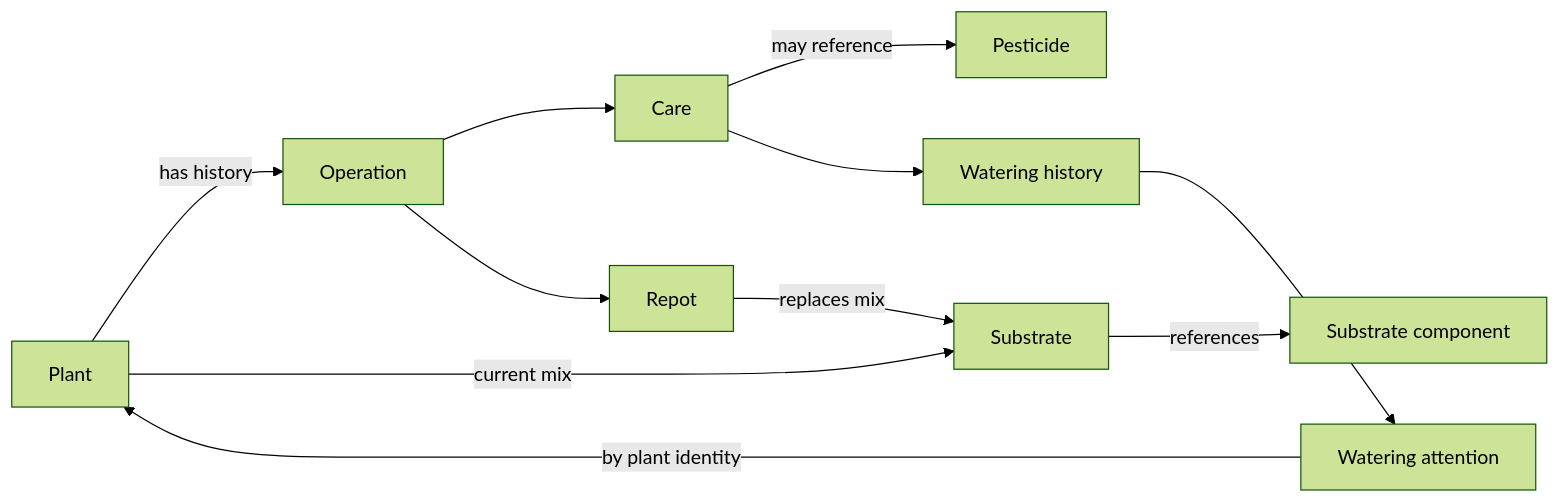
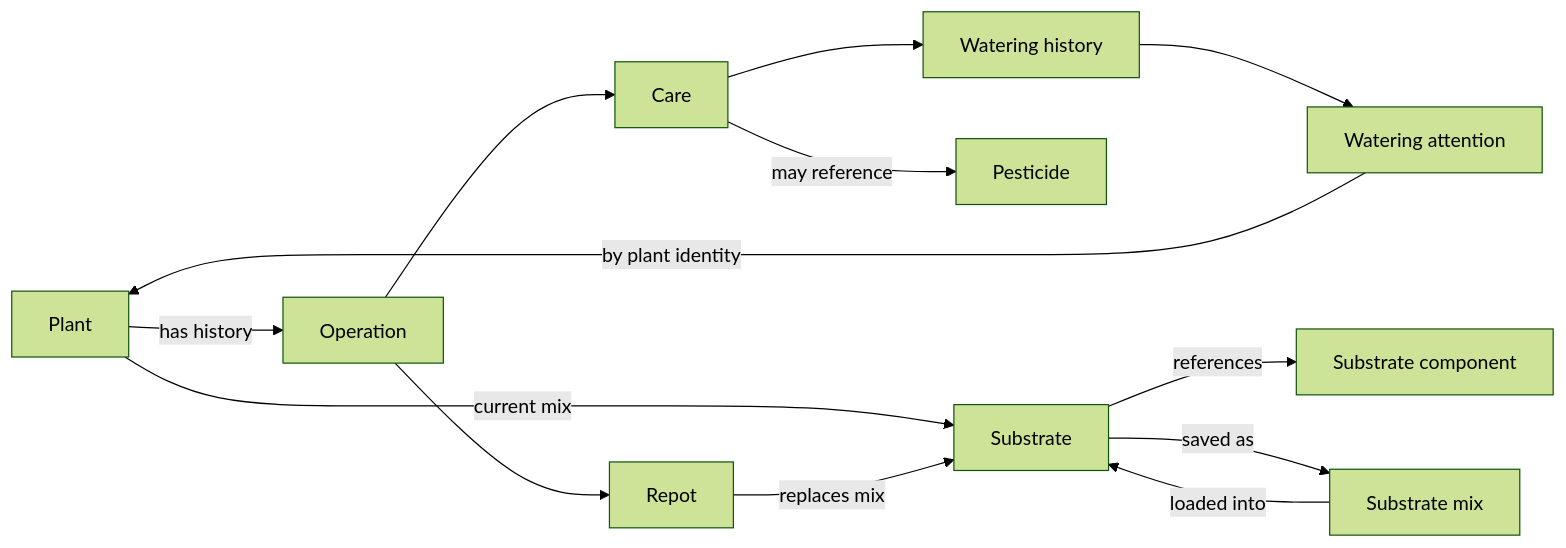
Before and after one commit to cosminci/gardening: the first of 2 diagrams in specs/design.md, drawn with Mermaid (forest theme). The commit also changed other lines of this file and 3 other files, not shown here.

Commit message:
Archive the substrate-mix spec and sync living docs (#86)

````diff
--- a/specs/design.md
+++ b/specs/design.md
@@ -11,12 +11,14 @@
 ```mermaid
 flowchart LR
   Plant -->|has history| Operation
   Operation --> Care & Repot
   Plant -->|current mix| Substrate
   Repot -->|replaces mix| Substrate
   Substrate -->|references| Component["Substrate component"]
+  Substrate -->|saved as| Mix["Substrate mix"]
+  Mix -->|loaded into| Substrate
   Care -->|may reference| Pesticide
   Waterings["Watering history"] --> Attention["Watering attention"]
   Care --> Waterings
   Attention -->|by plant identity| Plant
 ```
````
